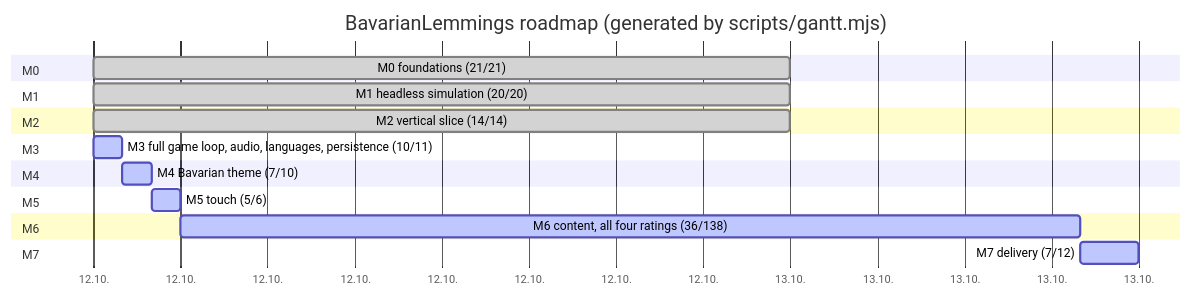
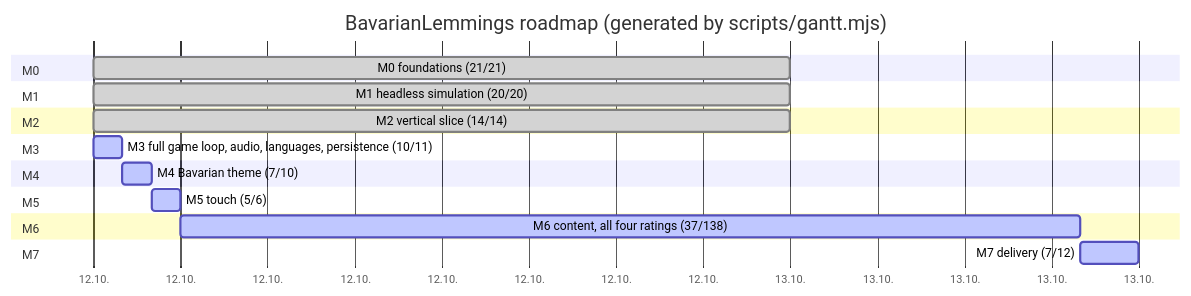
The diagram in plan.md (marcelpetrick/BavarianLemmings), drawn with Mermaid before and after one commit. The commit also changed other lines of this file and 5 other files, not shown here.

````diff
--- a/plan.md
+++ b/plan.md
@@ -43,22 +43,22 @@
 ```mermaid
 gantt
     title BavarianLemmings roadmap (generated by scripts/gantt.mjs)
     dateFormat  YYYY-MM-DD
     axisFormat  %d.%m.
     section M0
     M0 foundations (21/21) :done, m0, 2026-10-12, 1d
     section M1
     M1 headless simulation (20/20) :done, m1, 2026-10-12, 1d
     section M2
     M2 vertical slice (14/14) :done, m2, 2026-10-12, 1d
     section M3
     M3 full game loop, audio, languages, persistence (10/11) :active, m3, 2026-10-12, 1h
     section M4
     M4 Bavarian theme (7/10) :active, m4, after m3, 1h
     section M5
     M5 touch (5/6) :active, m5, after m4, 1h
     section M6
-    M6 content, all four ratings (36/138) :active, m6, after m5, 31h
+    M6 content, all four ratings (37/138) :active, m6, after m5, 31h
     section M7
     M7 delivery (7/12) :active, m7, after m6, 2h
 ```
````
